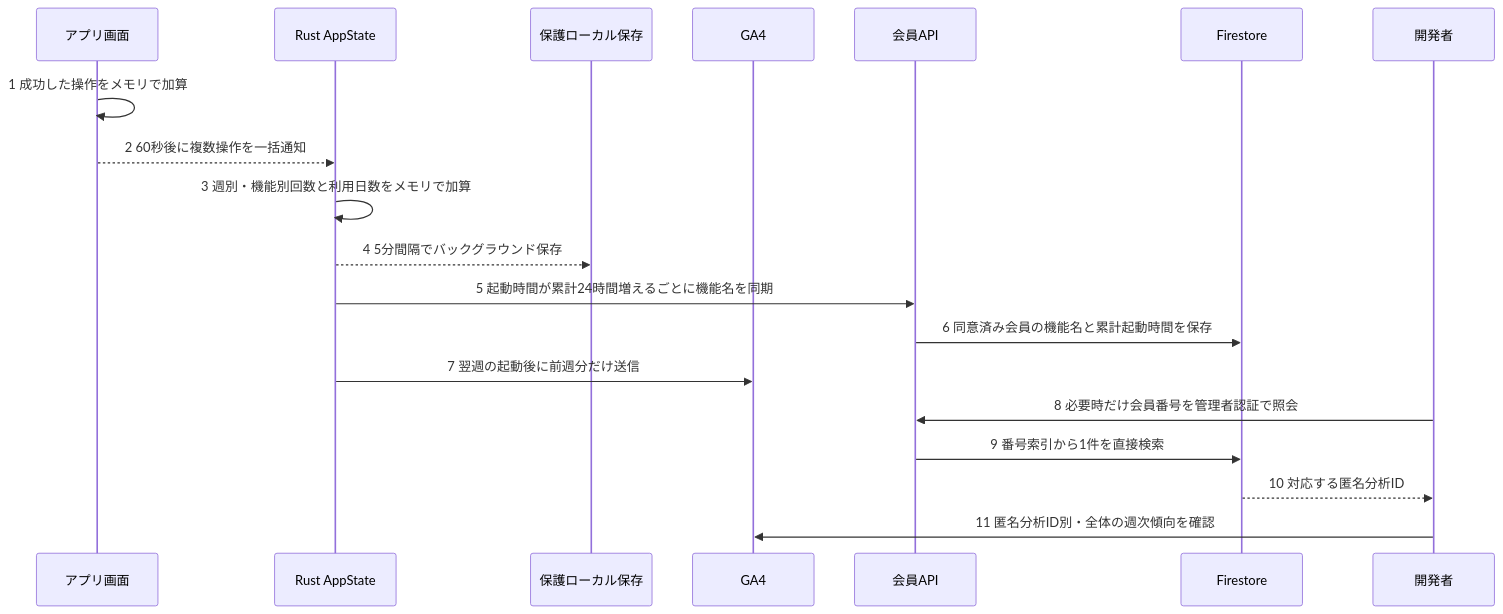
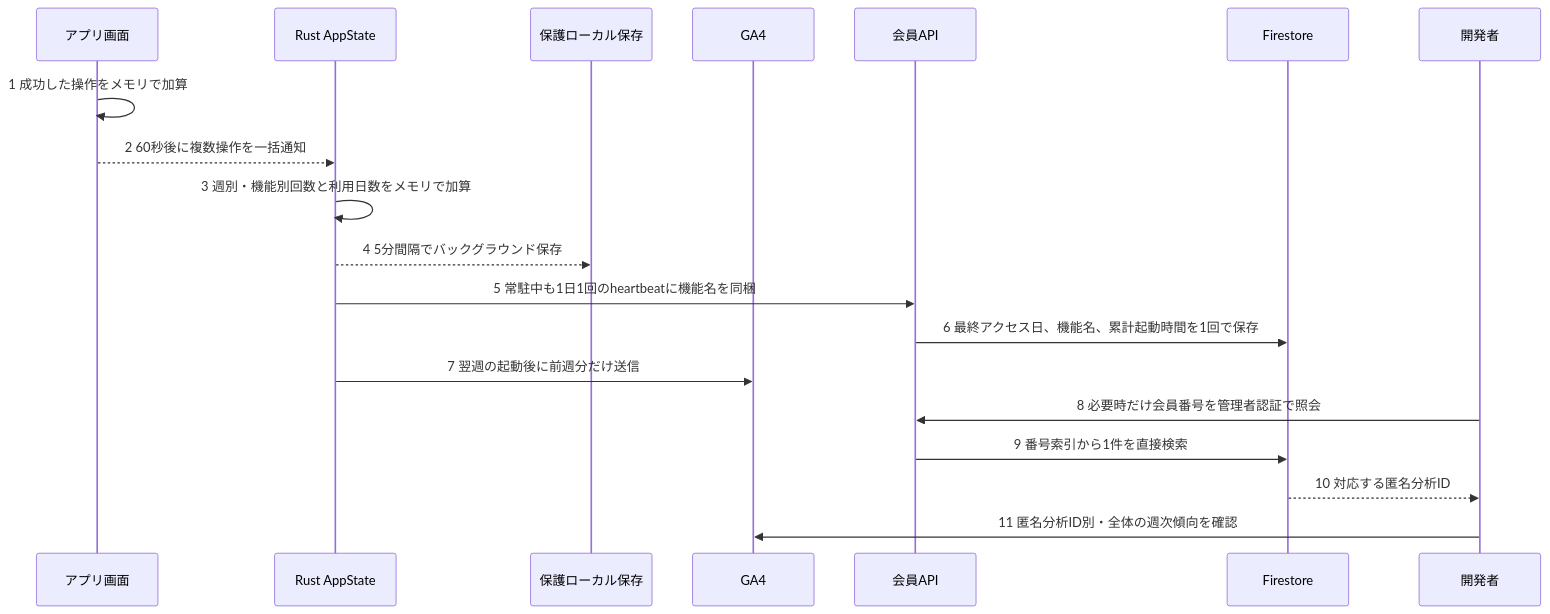
The second of 3 diagrams in docs-v2/009_MEMBERSHIP.md (ore-no-fusen/ore-no-fusen), drawn with Mermaid before and after one commit. The commit also changed other lines of this file and 8 other files, not shown here.

````diff
--- a/docs-v2/009_MEMBERSHIP.md
+++ b/docs-v2/009_MEMBERSHIP.md
@@ -50,21 +50,21 @@
 ```mermaid
 sequenceDiagram
     participant UI as アプリ画面
     participant Rust as Rust AppState
     participant Local as 保護ローカル保存
     participant GA as GA4
     participant API as 会員API
     participant DB as Firestore
     participant Owner as 開発者
     UI->>UI: 1 成功した操作をメモリで加算
     UI-->>Rust: 2 60秒後に複数操作を一括通知
     Rust->>Rust: 3 週別・機能別回数と利用日数をメモリで加算
     Rust-->>Local: 4 5分間隔でバックグラウンド保存
-    Rust->>API: 5 起動時間が累計24時間増えるごとに機能名を同期
-    API->>DB: 6 同意済み会員の機能名と累計起動時間を保存
+    Rust->>API: 5 常駐中も1日1回のheartbeatに機能名を同梱
+    API->>DB: 6 最終アクセス日、機能名、累計起動時間を1回で保存
     Rust->>GA: 7 翌週の起動後に前週分だけ送信
     Owner->>API: 8 必要時だけ会員番号を管理者認証で照会
     API->>DB: 9 番号索引から1件を直接検索
     DB-->>Owner: 10 対応する匿名分析ID
     Owner->>GA: 11 匿名分析ID別・全体の週次傾向を確認
 ```
````
